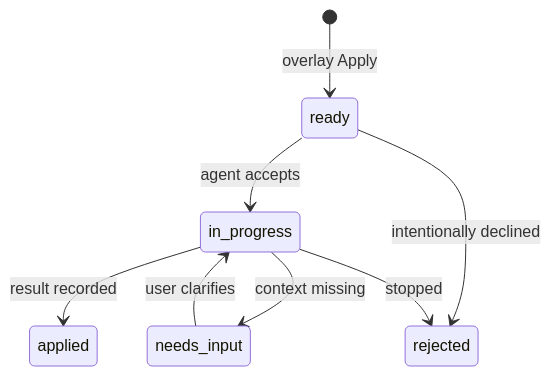
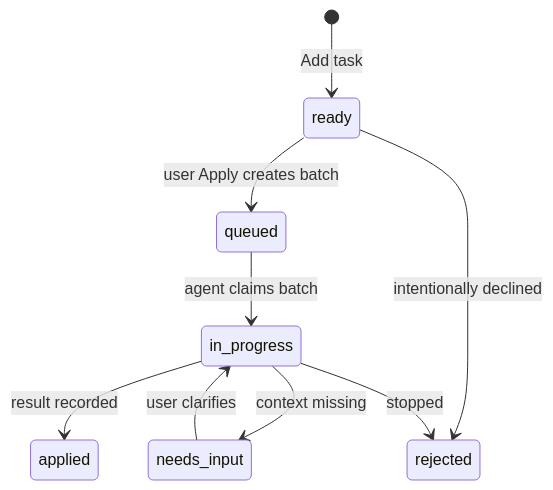
The first of 2 diagrams in docs/PROTOCOL.md (PRODactionPRO/visual-intent), drawn with Mermaid before and after one commit. The commit also changed other lines of this file and 31 other files, not shown here.

````diff
--- a/docs/PROTOCOL.md
+++ b/docs/PROTOCOL.md
@@ -105,10 +114,11 @@
 ```mermaid
 stateDiagram-v2
-  [*] --> ready: overlay Apply
-  ready --> in_progress: agent accepts
+  [*] --> ready: Add task
+  ready --> queued: user Apply creates batch
+  queued --> in_progress: agent claims batch
   in_progress --> needs_input: context missing
   needs_input --> in_progress: user clarifies
   in_progress --> applied: result recorded
   ready --> rejected: intentionally declined
   in_progress --> rejected: stopped
 ```
````
